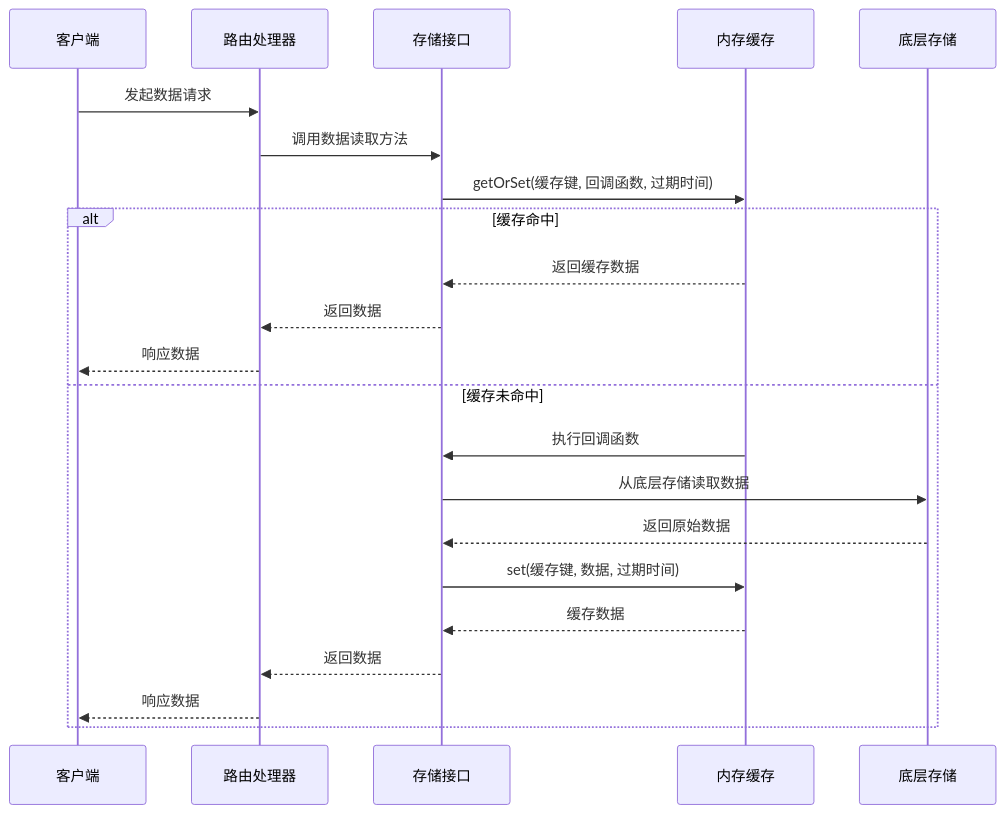
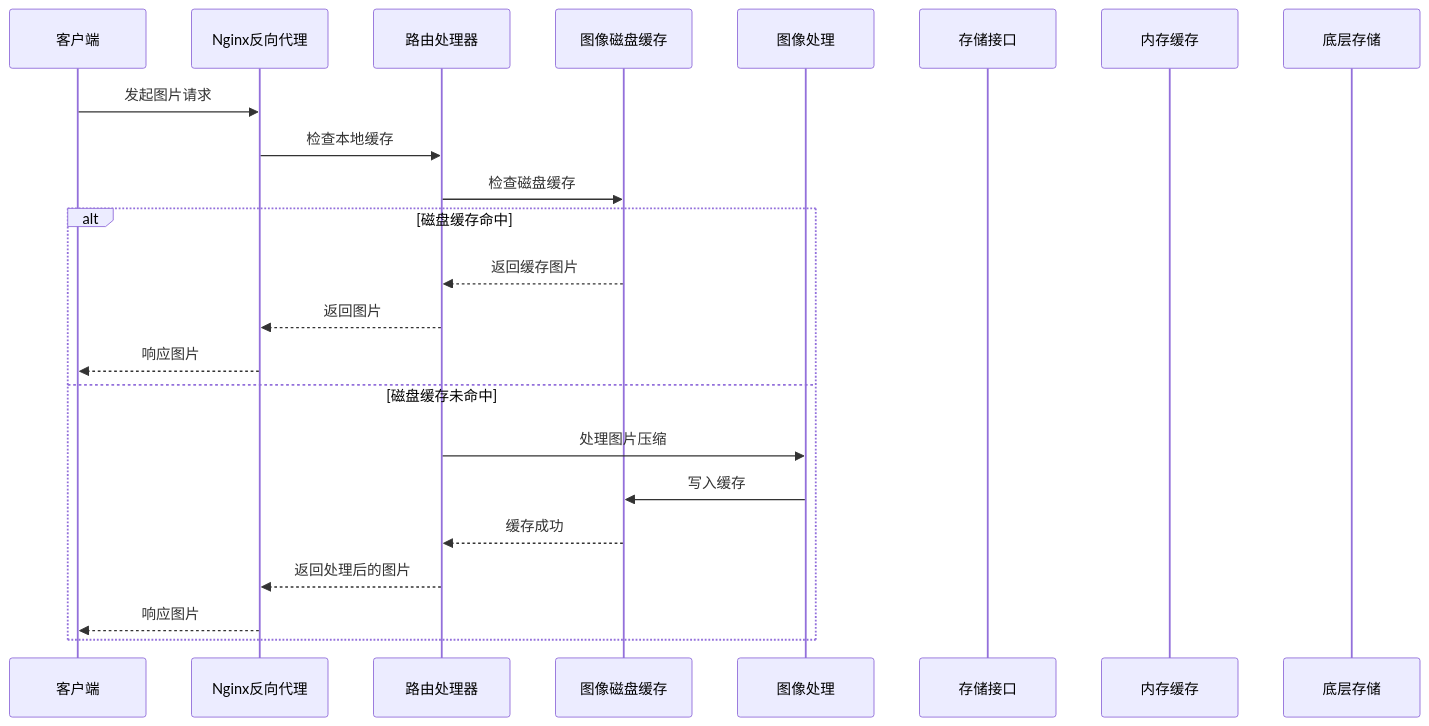
Before and after one commit to Giraffe-Han/microAPP: the second of 11 diagrams in .qoder/repowiki/zh/content/后端服务架构/数据存储系统/缓存机制设计.md, drawn with Mermaid. The commit also changed other lines of this file and 6 other files, not shown here.

````diff
--- a/.qoder/repowiki/zh/content/后端服务架构/数据存储系统/缓存机制设计.md
+++ b/.qoder/repowiki/zh/content/后端服务架构/数据存储系统/缓存机制设计.md
@@ -112,24 +138,25 @@
 ```mermaid
 sequenceDiagram
 participant Client as 客户端
+participant Nginx as Nginx反向代理
 participant Route as 路由处理器
+participant ImageCache as 图像磁盘缓存
+participant Sharp as 图像处理
 participant Storage as 存储接口
 participant Cache as 内存缓存
 participant Store as 底层存储
-Client->>Route : 发起数据请求
-Route->>Storage : 调用数据读取方法
-Storage->>Cache : getOrSet(缓存键, 回调函数, 过期时间)
-alt 缓存命中
-Cache-->>Storage : 返回缓存数据
-Storage-->>Route : 返回数据
-Route-->>Client : 响应数据
-else 缓存未命中
-Cache->>Storage : 执行回调函数
-Storage->>Store : 从底层存储读取数据
-Store-->>Storage : 返回原始数据
-Storage->>Cache : set(缓存键, 数据, 过期时间)
-Cache-->>Storage : 缓存数据
-Storage-->>Route : 返回数据
-Route-->>Client : 响应数据
+Client->>Nginx : 发起图片请求
+Nginx->>Route : 检查本地缓存
+Route->>ImageCache : 检查磁盘缓存
+alt 磁盘缓存命中
+ImageCache-->>Route : 返回缓存图片
+Route-->>Nginx : 返回图片
+Nginx-->>Client : 响应图片
+else 磁盘缓存未命中
+Route->>Sharp : 处理图片压缩
+Sharp->>ImageCache : 写入缓存
+ImageCache-->>Route : 缓存成功
+Route-->>Nginx : 返回处理后的图片
+Nginx-->>Client : 响应图片
 end
 ```
````
